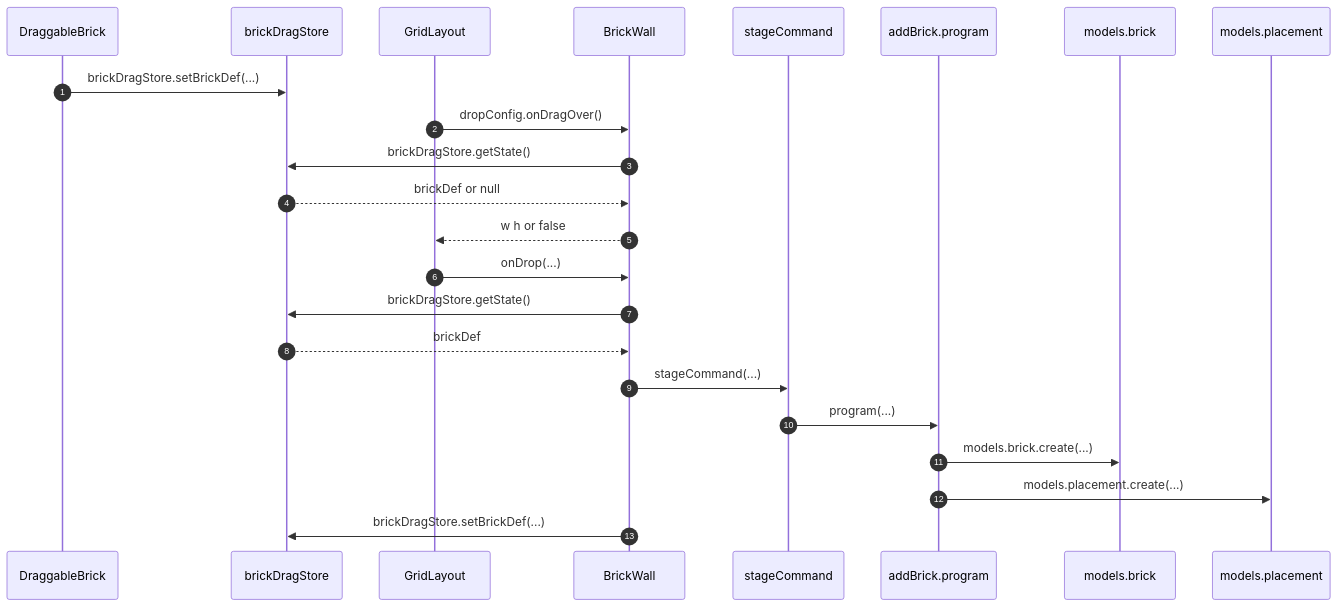
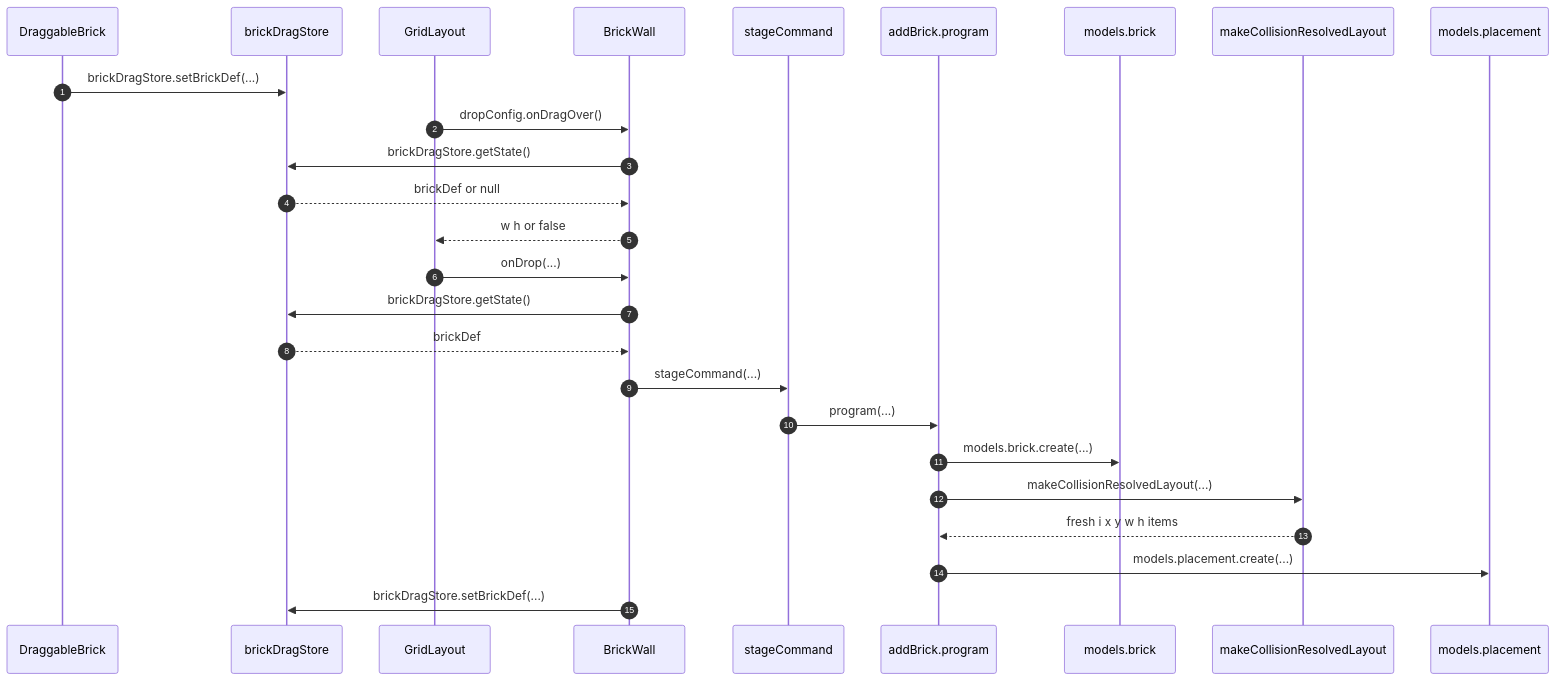
Before and after one commit to morgs32/qrk.sh: the diagram in wiki/architecture/browser/LibraryBrickDrop.md, drawn with Mermaid. The commit also changed other lines of this file and 19 other files, not shown here.

````diff
--- a/wiki/architecture/browser/LibraryBrickDrop.md
+++ b/wiki/architecture/browser/LibraryBrickDrop.md
@@ -28,37 +28,42 @@
 ```mermaid
 sequenceDiagram
   participant DraggableBrick
   participant brickDragStore
   participant GridLayout
   participant BrickWall
   participant stageCommand
   participant addBrickProgram as addBrick.program
   participant brickModel as models.brick
+  participant makeCollisionResolvedLayout
   participant placementModel as models.placement
   autonumber 1
   DraggableBrick->>brickDragStore: brickDragStore.setBrickDef(...)
   autonumber 2
   GridLayout->>BrickWall: dropConfig.onDragOver()
   autonumber 3
   BrickWall->>brickDragStore: brickDragStore.getState()
   autonumber 4
   brickDragStore-->>BrickWall: brickDef or null
   autonumber 5
   BrickWall-->>GridLayout: w h or false
   autonumber 6
   GridLayout->>BrickWall: onDrop(...)
   autonumber 7
   BrickWall->>brickDragStore: brickDragStore.getState()
   autonumber 8
   brickDragStore-->>BrickWall: brickDef
   autonumber 9
   BrickWall->>stageCommand: stageCommand(...)
   autonumber 10
   stageCommand->>addBrickProgram: program(...)
   autonumber 11
   addBrickProgram->>brickModel: models.brick.create(...)
   autonumber 12
+  addBrickProgram->>makeCollisionResolvedLayout: makeCollisionResolvedLayout(...)
+  autonumber 13
+  makeCollisionResolvedLayout-->>addBrickProgram: fresh i x y w h items
+  autonumber 14
   addBrickProgram->>placementModel: models.placement.create(...)
-  autonumber 13
+  autonumber 15
   BrickWall->>brickDragStore: brickDragStore.setBrickDef(...)
 ```
````
